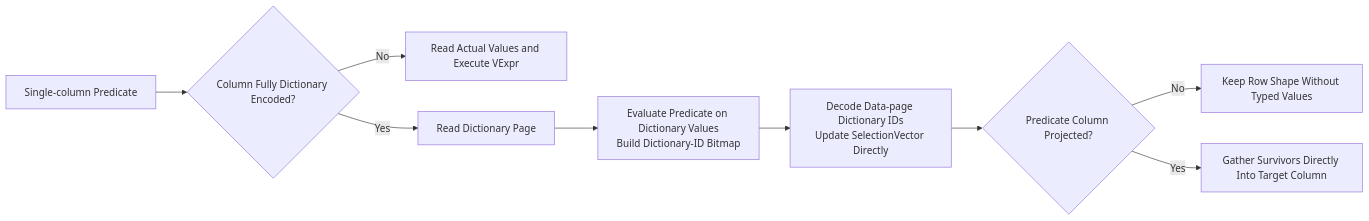
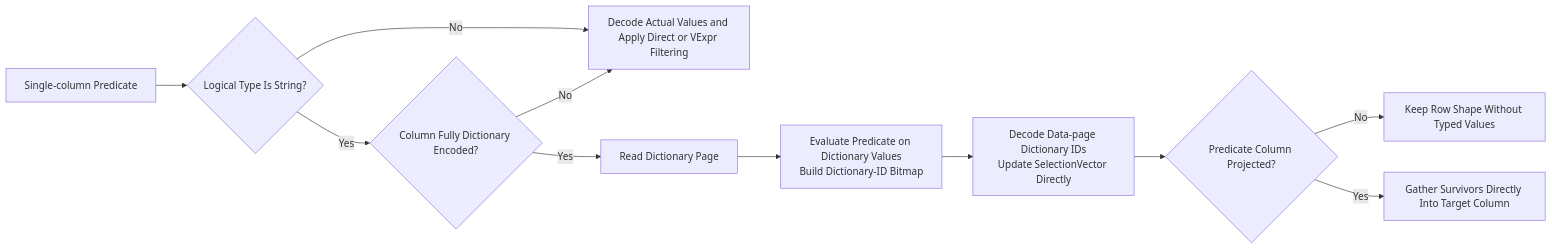
The eighth of 14 diagrams in docs/file-scanner-v2-parquet-scan-design.md (apache/doris), drawn with Mermaid before and after one commit. The commit also changed other lines of this file and 2 other files, not shown here.

Commit message:
[fix](parquet) Restrict V2 dictionary filtering to strings

````diff
--- a/docs/file-scanner-v2-parquet-scan-design.md
+++ b/docs/file-scanner-v2-parquet-scan-design.md
@@ -329,11 +329,13 @@
 ```mermaid
 flowchart LR
-  A[Single-column Predicate] --> B{Column Fully Dictionary Encoded?}
-  B -- "No" --> F[Read Actual Values and Execute VExpr]
+  A[Single-column Predicate] --> T{Logical Type Is String?}
+  T -- "No" --> F[Decode Actual Values and Apply Direct or VExpr Filtering]
+  T -- "Yes" --> B{Column Fully Dictionary Encoded?}
+  B -- "No" --> F
   B -- "Yes" --> C[Read Dictionary Page]
   C --> D[Evaluate Predicate on Dictionary Values<br>Build Dictionary-ID Bitmap]
   D --> E[Decode Data-page Dictionary IDs<br>Update SelectionVector Directly]
   E --> G{Predicate Column Projected?}
   G -- "No" --> H[Keep Row Shape Without Typed Values]
   G -- "Yes" --> I[Gather Survivors Directly Into Target Column]
 ```
````
